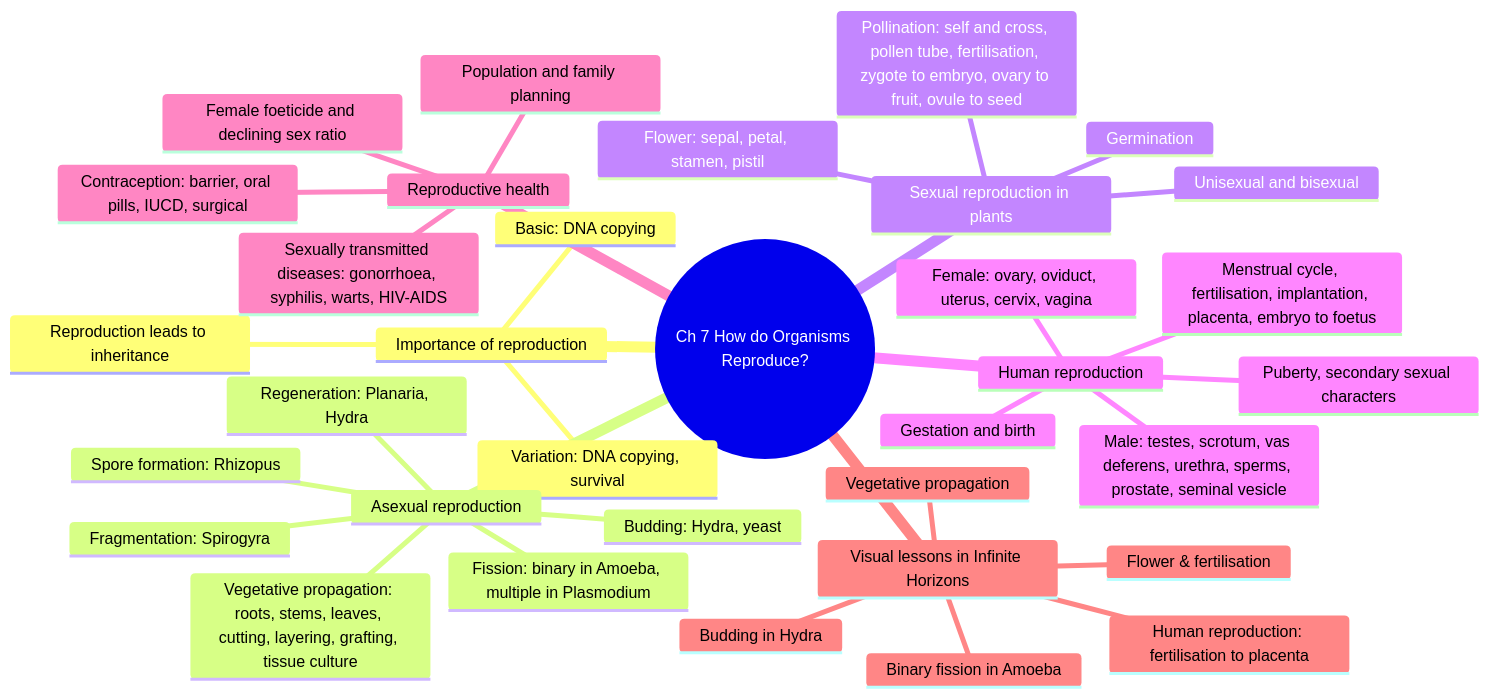
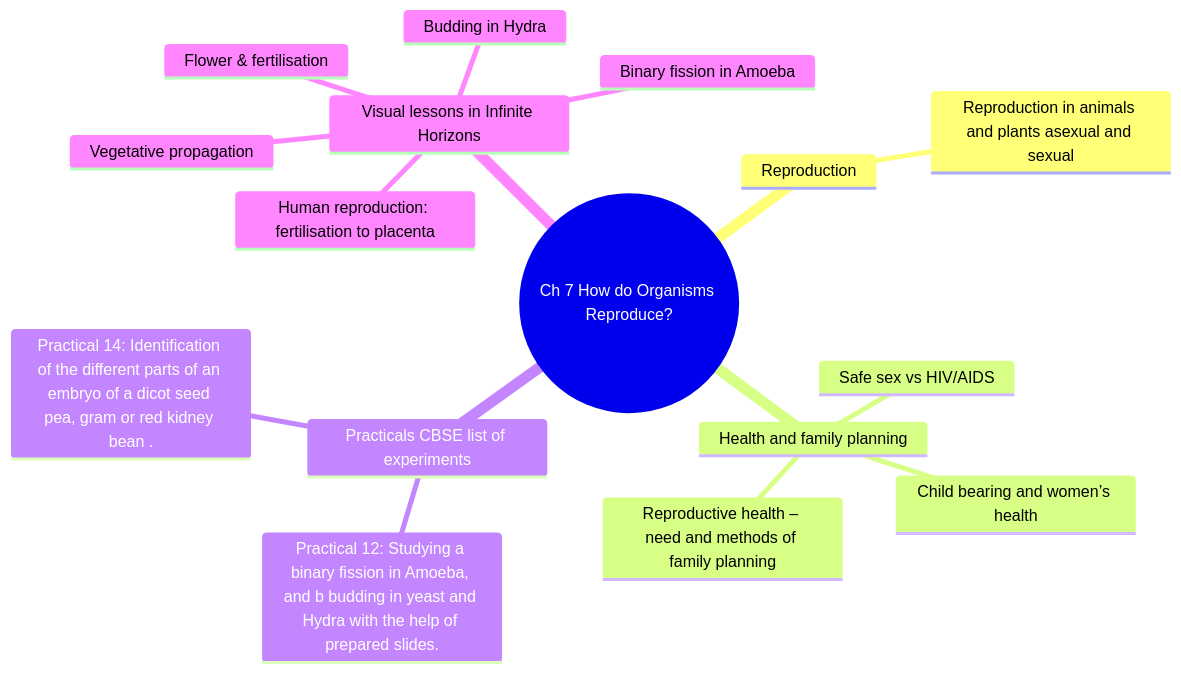
Diagram 19 of 25 in docs/CHAPTER_MINDMAPS.md (anveshix/ifinite-horizon), drawn with Mermaid before and after one commit. The commit also changed other lines of this file and 22 other files, not shown here.

First line of the commit message:
fix(mindmap): rebuild Class X deep maps from the CBSE 2026-27 PDF; correct formative-only scope (Evolution, Motor/EMI/Generator only); add PDF-derived inventory

````diff
--- a/docs/CHAPTER_MINDMAPS.md
+++ b/docs/CHAPTER_MINDMAPS.md
@@ -771,37 +669,19 @@
 ```mermaid
 mindmap
   root((Ch 7 How do Organisms Reproduce?))
-    Importance of reproduction
-      Variation: DNA copying, survival
-      Basic: DNA copying
-      Reproduction leads to inheritance
-    Asexual reproduction
-      Fission: binary in Amoeba, multiple in Plasmodium
-      Fragmentation: Spirogyra
-      Regeneration: Planaria, Hydra
-      Budding: Hydra, yeast
-      Vegetative propagation: roots, stems, leaves, cutting, layering, grafting, tissue culture
-      Spore formation: Rhizopus
-    Sexual reproduction in plants
-      Flower: sepal, petal, stamen, pistil
-      Unisexual and bisexual
-      Pollination: self and cross, pollen tube, fertilisation, zygote to embryo, ovary to fruit, ovule to seed
-      Germination
-    Human reproduction
-      Puberty, secondary sexual characters
-      Male: testes, scrotum, vas deferens, urethra, sperms, prostate, seminal vesicle
-      Female: ovary, oviduct, uterus, cervix, vagina
-      Menstrual cycle, fertilisation, implantation, placenta, embryo to foetus
-      Gestation and birth
-    Reproductive health
-      Contraception: barrier, oral pills, IUCD, surgical
-      Sexually transmitted diseases: gonorrhoea, syphilis, warts, HIV-AIDS
-      Female foeticide and declining sex ratio
-      Population and family planning
+    Reproduction
+      Reproduction in animals and plants asexual and sexual
+    Health and family planning
+      Reproductive health – need and methods of family planning
+      Safe sex vs HIV/AIDS
+      Child bearing and women’s health
+    Practicals CBSE list of experiments
+      Practical 12: Studying a binary fission in Amoeba, and b budding in yeast and Hydra with the help of prepared slides.
+      Practical 14: Identification of the different parts of an embryo of a dicot seed pea, gram or red kidney bean .
     Visual lessons in Infinite Horizons
       Human reproduction: fertilisation to placenta
       Binary fission in Amoeba
       Budding in Hydra
       Vegetative propagation
       Flower & fertilisation
 ```
````
